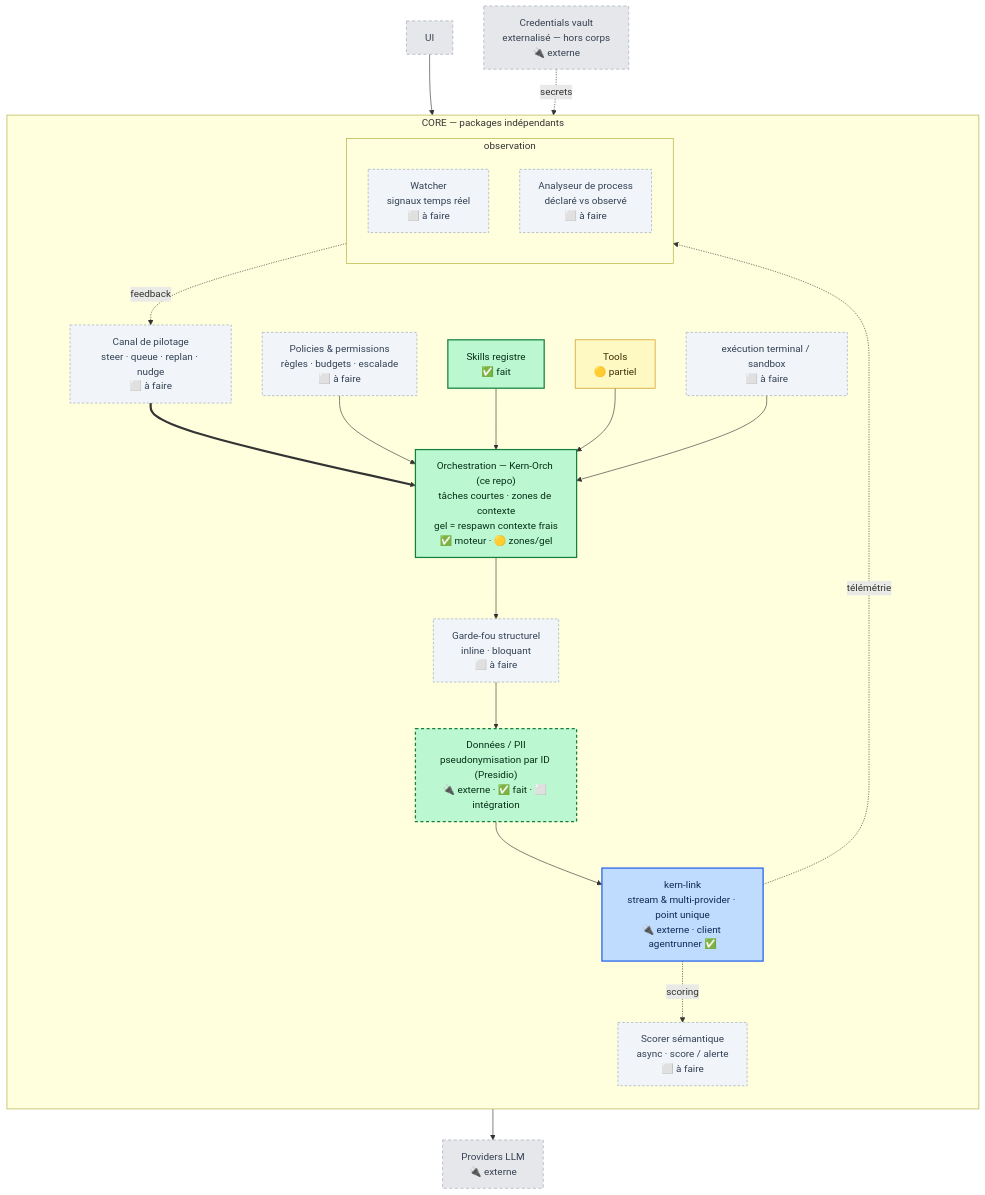
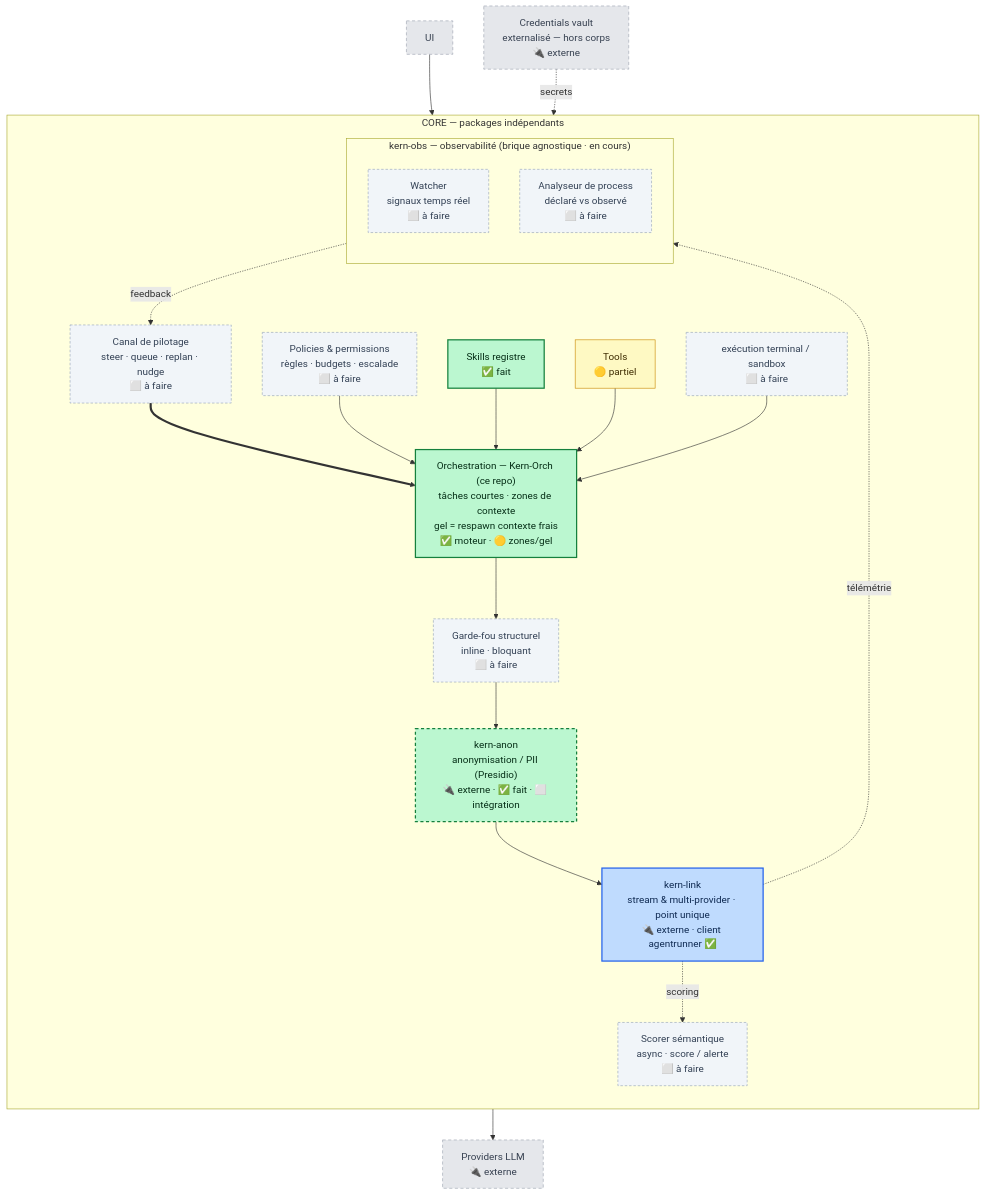
Before and after one commit to kern-ia/Kern-Orch: the diagram in ROADMAP.md, drawn with Mermaid. The commit also changed other lines of this file and 1 other file, not shown here.

First line of the commit message:
docs: modèle en briques kern-* autonomes ; kern-obs = observabilité agnostique

````diff
--- a/ROADMAP.md
+++ b/ROADMAP.md
@@ -22,46 +39,46 @@
 ```mermaid
 flowchart TB
   UI["UI"]:::ext
 
   subgraph CORE["CORE — packages indépendants"]
     direction TB
     PILOT["Canal de pilotage<br/>steer · queue · replan · nudge<br/>⬜ à faire"]:::todo
     ORCH["Orchestration — Kern-Orch (ce repo)<br/>tâches courtes · zones de contexte<br/>gel = respawn contexte frais<br/>✅ moteur · 🟡 zones/gel"]:::done
     SKILLS["Skills registre<br/>✅ fait"]:::done
     TOOLS["Tools<br/>🟡 partiel"]:::partial
     EXEC["exécution terminal / sandbox<br/>⬜ à faire"]:::todo
     POL["Policies &amp; permissions<br/>règles · budgets · escalade<br/>⬜ à faire"]:::todo
     GUARD["Garde-fou structurel<br/>inline · bloquant<br/>⬜ à faire"]:::todo
-    PII["Données / PII<br/>pseudonymisation par ID (Presidio)<br/>🔌 externe · ✅ fait · ⬜ intégration"]:::extdone
+    PII["kern-anon<br/>anonymisation / PII (Presidio)<br/>🔌 externe · ✅ fait · ⬜ intégration"]:::extdone
     LINK["kern-link<br/>stream &amp; multi-provider · point unique<br/>🔌 externe · client agentrunner ✅"]:::link
     SCORER["Scorer sémantique<br/>async · score / alerte<br/>⬜ à faire"]:::todo
 
-    subgraph OBS["observation"]
+    subgraph OBS["kern-obs — observabilité (brique agnostique · en cours)"]
       direction TB
       WATCH["Watcher<br/>signaux temps réel<br/>⬜ à faire"]:::todo
       ANA["Analyseur de process<br/>déclaré vs observé<br/>⬜ à faire"]:::todo
     end
   end
 
   VAULT["Credentials vault<br/>externalisé — hors corps<br/>🔌 externe"]:::ext
   PROV["Providers LLM<br/>🔌 externe"]:::ext
 
   UI --> PILOT
   PILOT ==> ORCH
   POL --> ORCH
   SKILLS --> ORCH
   TOOLS --> ORCH
   EXEC --> ORCH
   ORCH --> GUARD --> PII --> LINK --> PROV
   OBS -. feedback .-> PILOT
   LINK -. télémétrie .-> OBS
   LINK -. scoring .-> SCORER
   VAULT -. secrets .-> LINK
 
   classDef done fill:#bbf7d0,stroke:#15803d,color:#052e16,stroke-width:2px;
   classDef partial fill:#fef9c3,stroke:#ca8a04,color:#3f2d02;
   classDef todo fill:#f1f5f9,stroke:#94a3b8,color:#334155,stroke-dasharray:4 3;
   classDef link fill:#bfdbfe,stroke:#2563eb,color:#0f2a52,stroke-width:2px;
   classDef extdone fill:#bbf7d0,stroke:#15803d,color:#052e16,stroke-width:2px,stroke-dasharray:5 4;
   classDef ext fill:#e5e7eb,stroke:#9ca3af,color:#374151,stroke-dasharray:5 4;
 ```
````
